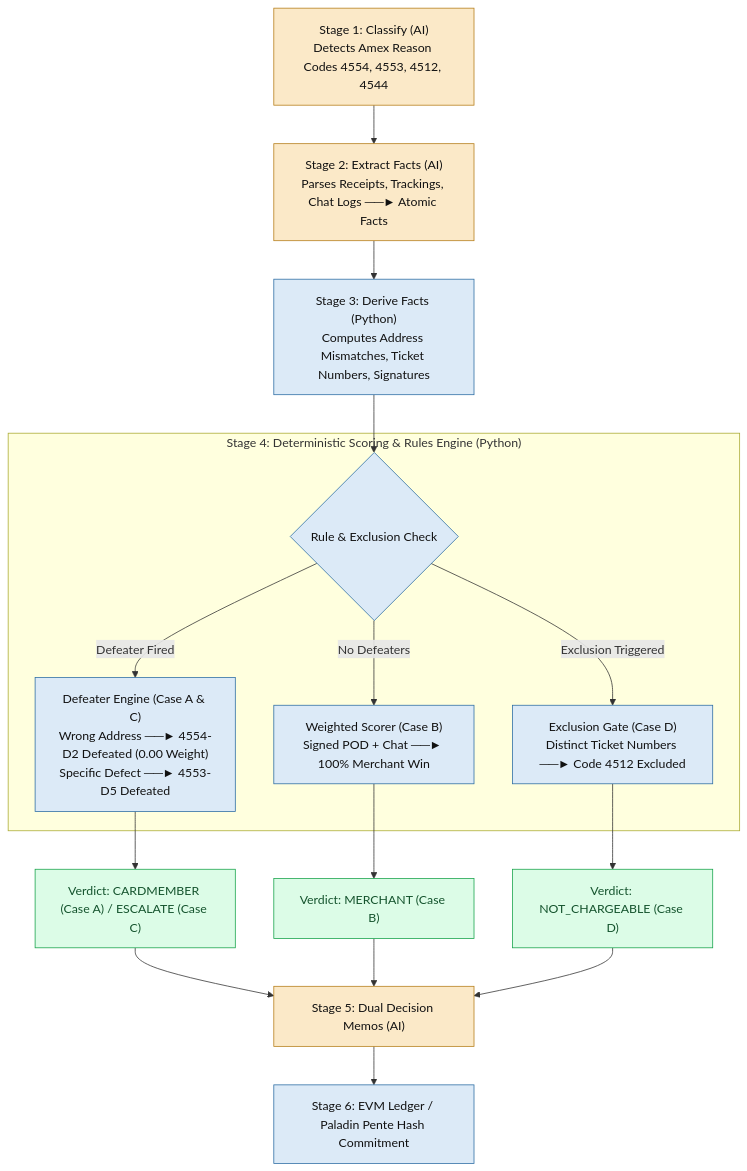
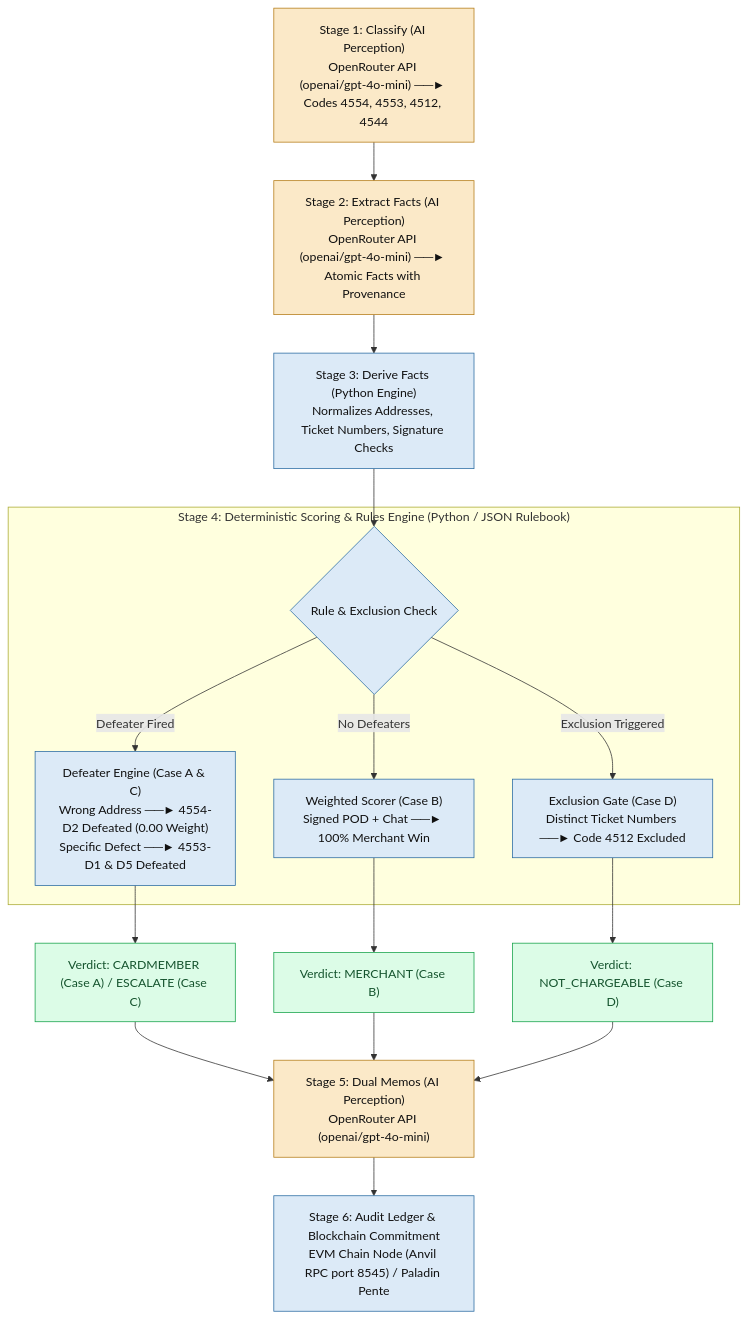
Before and after one commit to sogalabhi/amex-prototype: the diagram in PRESENTATION_DECK.md, drawn with Mermaid. The commit also changed other lines of this file, not shown here.

````diff
--- a/PRESENTATION_DECK.md
+++ b/PRESENTATION_DECK.md
@@ -77,28 +67,28 @@
 ```mermaid
 flowchart TD
-    S1["Stage 1: Classify (AI)<br/>Detects Amex Reason Codes 4554, 4553, 4512, 4544"] --> S2
-    S2["Stage 2: Extract Facts (AI)<br/>Parses Receipts, Trackings, Chat Logs ──► Atomic Facts"] --> S3
-    S3["Stage 3: Derive Facts (Python)<br/>Computes Address Mismatches, Ticket Numbers, Signatures"] --> S4
+    S1["Stage 1: Classify (AI Perception)<br/>OpenRouter API (openai/gpt-4o-mini) ──► Codes 4554, 4553, 4512, 4544"] --> S2
+    S2["Stage 2: Extract Facts (AI Perception)<br/>OpenRouter API (openai/gpt-4o-mini) ──► Atomic Facts with Provenance"] --> S3
+    S3["Stage 3: Derive Facts (Python Engine)<br/>Normalizes Addresses, Ticket Numbers, Signature Checks"] --> S4
 
-    subgraph ADJUDICATION ["Stage 4: Deterministic Scoring & Rules Engine (Python)"]
+    subgraph ADJUDICATION ["Stage 4: Deterministic Scoring & Rules Engine (Python / JSON Rulebook)"]
         S4{"Rule & Exclusion Check"}
         EXC["Exclusion Gate (Case D)<br/>Distinct Ticket Numbers ──► Code 4512 Excluded"]
-        DEF["Defeater Engine (Case A & C)<br/>Wrong Address ──► 4554-D2 Defeated (0.00 Weight)<br/>Specific Defect ──► 4553-D5 Defeated"]
+        DEF["Defeater Engine (Case A & C)<br/>Wrong Address ──► 4554-D2 Defeated (0.00 Weight)<br/>Specific Defect ──► 4553-D1 & D5 Defeated"]
         SCORE["Weighted Scorer (Case B)<br/>Signed POD + Chat ──► 100% Merchant Win"]
     end
 
     S4 -- "Exclusion Triggered" --> EXC --> V4["Verdict: NOT_CHARGEABLE (Case D)"]
     S4 -- "Defeater Fired" --> DEF --> V1["Verdict: CARDMEMBER (Case A) / ESCALATE (Case C)"]
     S4 -- "No Defeaters" --> SCORE --> V2["Verdict: MERCHANT (Case B)"]
 
-    V1 & V2 & V4 --> S5["Stage 5: Dual Decision Memos (AI)"]
-    S5 --> S6["Stage 6: EVM Ledger / Paladin Pente Hash Commitment"]
+    V1 & V2 & V4 --> S5["Stage 5: Dual Memos (AI Perception)<br/>OpenRouter API (openai/gpt-4o-mini)"]
+    S5 --> S6["Stage 6: Audit Ledger & Blockchain Commitment<br/>EVM Chain Node (Anvil RPC port 8545) / Paladin Pente"]
 
     classDef ai fill:#fbe9c8,stroke:#b57d18,color:#111;
     classDef py fill:#dceaf7,stroke:#2b6ca3,color:#111;
     classDef verdict fill:#dcfce7,stroke:#16a34a,color:#14532d;
 
     class S1,S2,S5 ai;
     class S3,S4,EXC,DEF,SCORE,S6 py;
     class V1,V2,V4 verdict;
 ```
````
